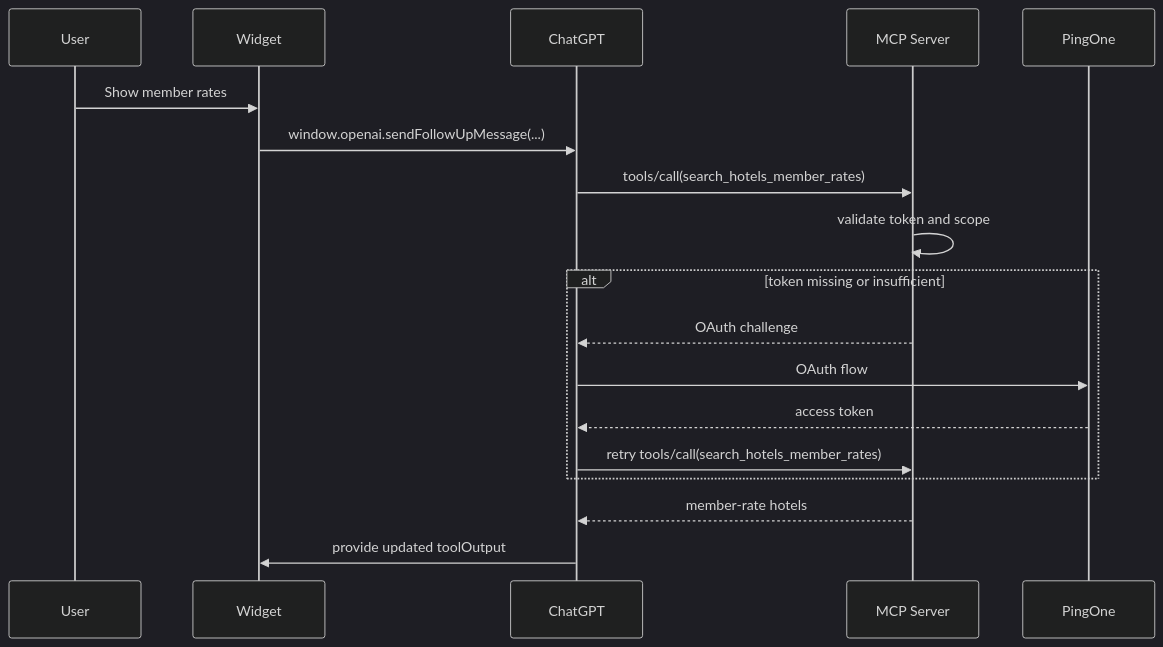
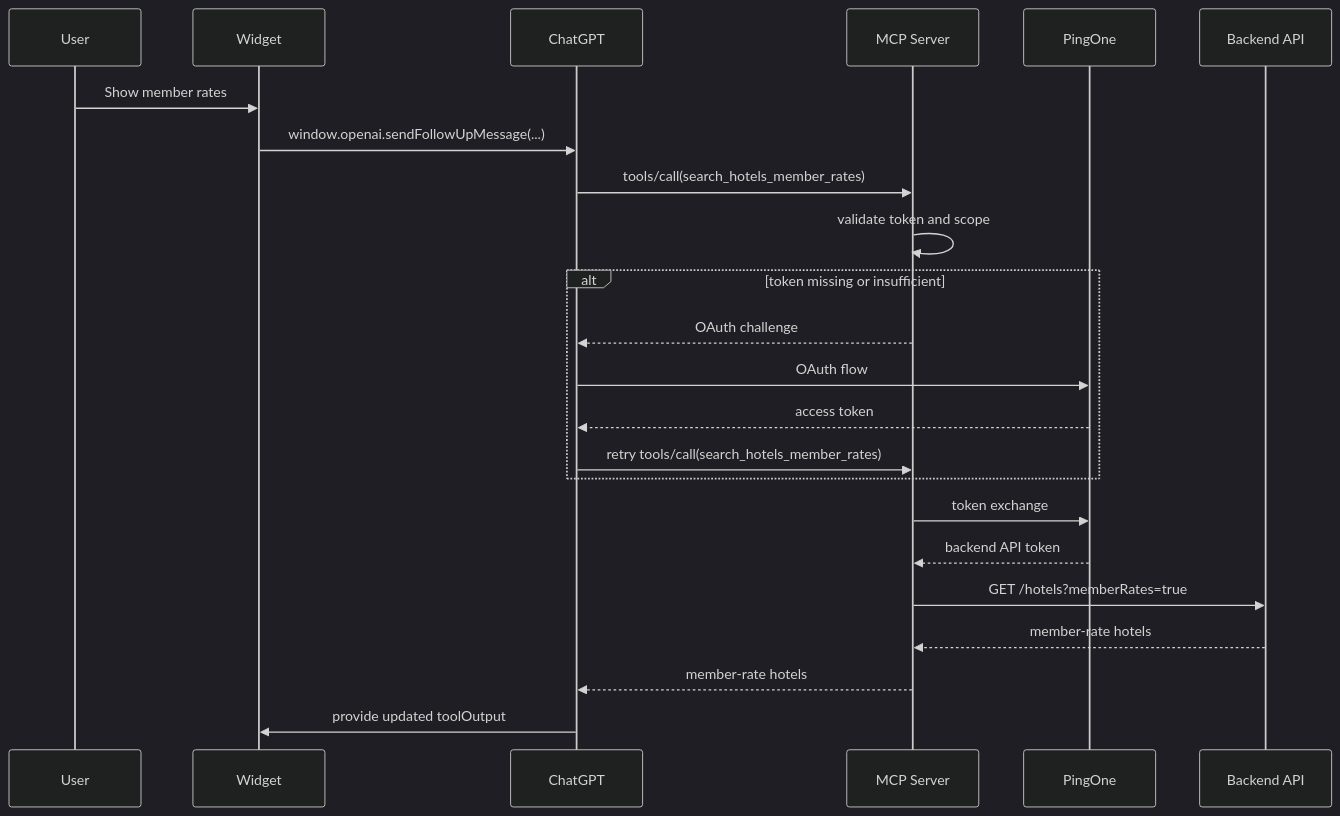
Before and after one commit to carbonefederico/ai-myhotels-chatgpt-app: the third of 4 diagrams in README.md, drawn with Mermaid (dark theme). The commit also changed other lines of this file and 2 other files, not shown here.

````diff
--- a/README.md
+++ b/README.md
@@ -230,21 +261,26 @@
 ```mermaid
 sequenceDiagram
     participant U as User
     participant W as Widget
     participant CG as ChatGPT
     participant MCP as MCP Server
     participant P1 as PingOne
+    participant API as Backend API
 
     U->>W: Show member rates
     W->>CG: window.openai.sendFollowUpMessage(...)
     CG->>MCP: tools/call(search_hotels_member_rates)
     MCP->>MCP: validate token and scope
     alt token missing or insufficient
         MCP-->>CG: OAuth challenge
         CG->>P1: OAuth flow
         P1-->>CG: access token
         CG->>MCP: retry tools/call(search_hotels_member_rates)
     end
+    MCP->>P1: token exchange
+    P1-->>MCP: backend API token
+    MCP->>API: GET /hotels?memberRates=true
+    API-->>MCP: member-rate hotels
     MCP-->>CG: member-rate hotels
     CG->>W: provide updated toolOutput
 ```
````
